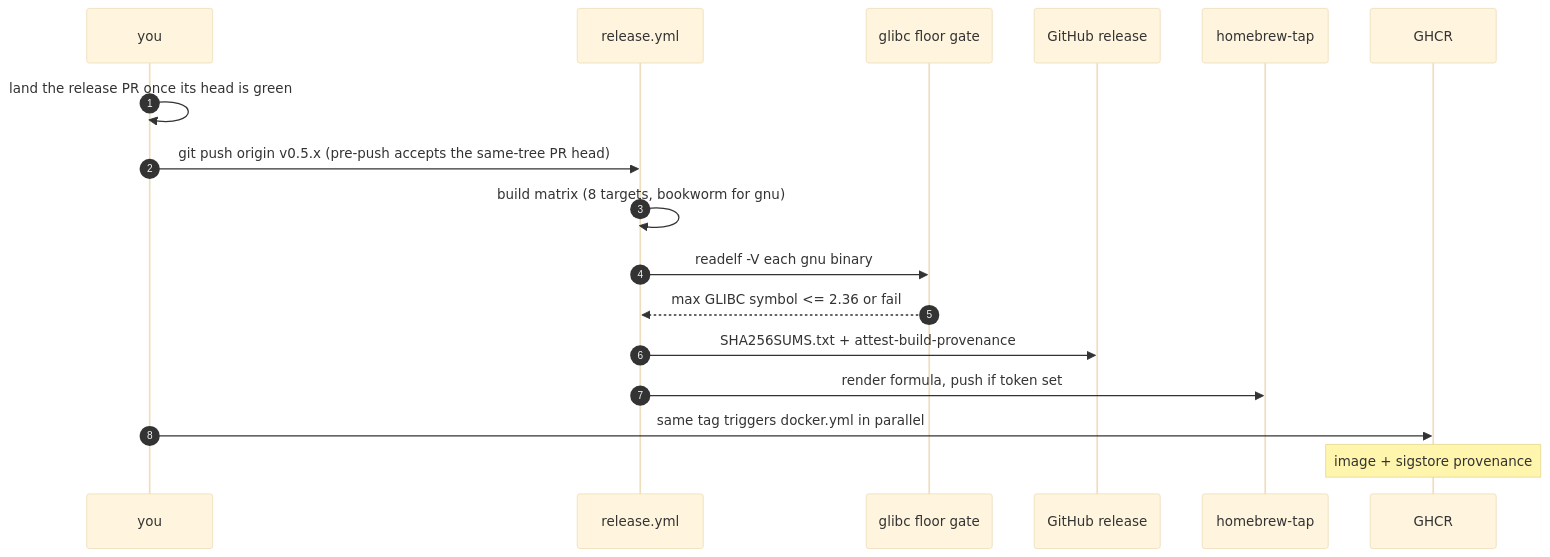
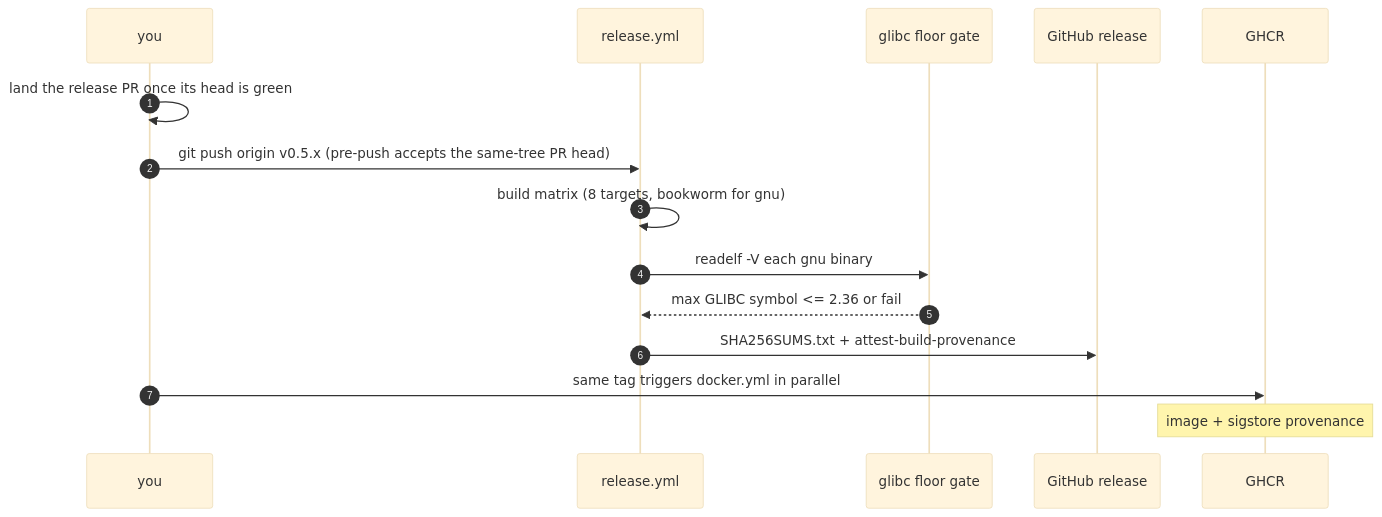
One commit to NormB/sipnab changed the first of 2 diagrams in docs/internals/build-ci-release.md. Above: the diagram before and after it, drawn with Mermaid (base theme). The commit also changed other lines of this file and 25 other files, not shown here.

````diff
--- a/docs/internals/build-ci-release.md
+++ b/docs/internals/build-ci-release.md
@@ -2062,20 +2064,18 @@
 ```mermaid
 sequenceDiagram
     autonumber
     participant Dev as you
     participant Rel as release.yml
     participant Gate as glibc floor gate
     participant GH as GitHub release
-    participant Tap as homebrew-tap
     participant GHCR
 
     Dev->>Dev: land the release PR once its head is green
     Dev->>Rel: git push origin v0.5.x (pre-push accepts the same-tree PR head)
     Rel->>Rel: build matrix (8 targets, bookworm for gnu)
     Rel->>Gate: readelf -V each gnu binary
     Gate-->>Rel: max GLIBC symbol <= 2.36 or fail
     Rel->>GH: SHA256SUMS.txt + attest-build-provenance
-    Rel->>Tap: render formula, push if token set
     Dev->>GHCR: same tag triggers docker.yml in parallel
     Note over GHCR: image + sigstore provenance
 ```
````
